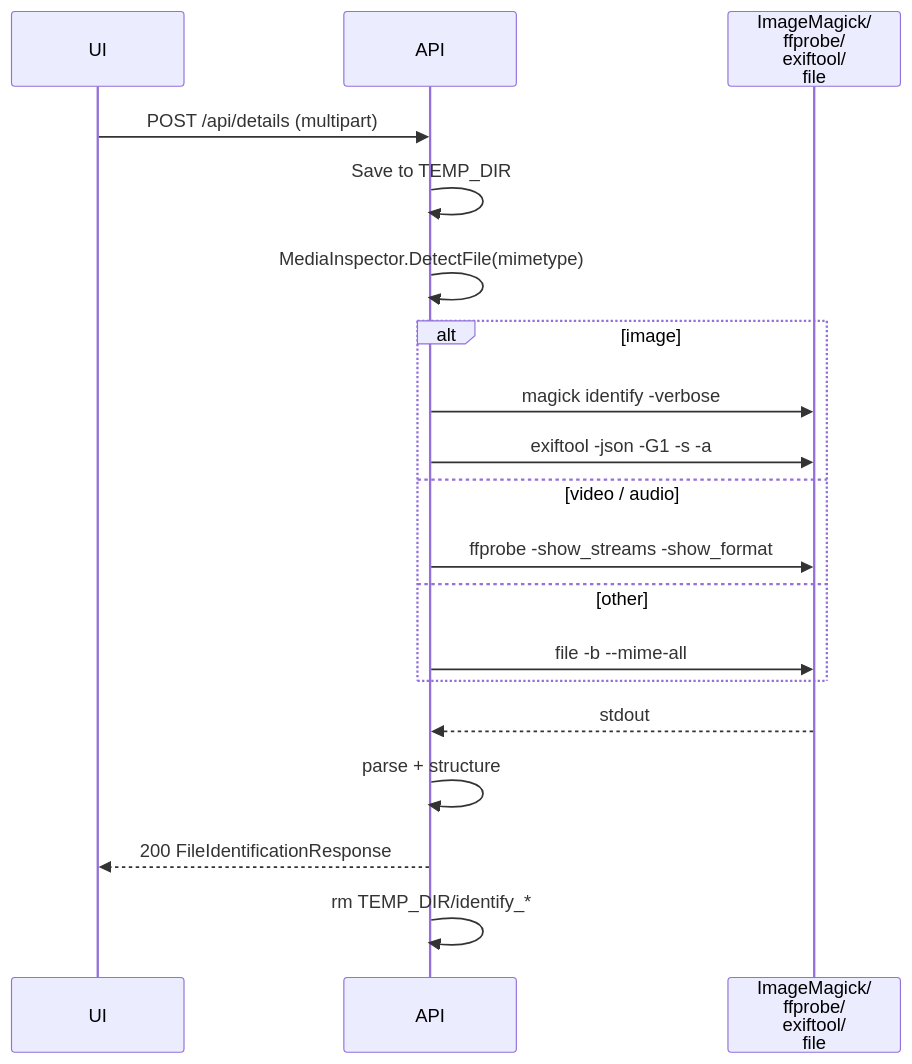
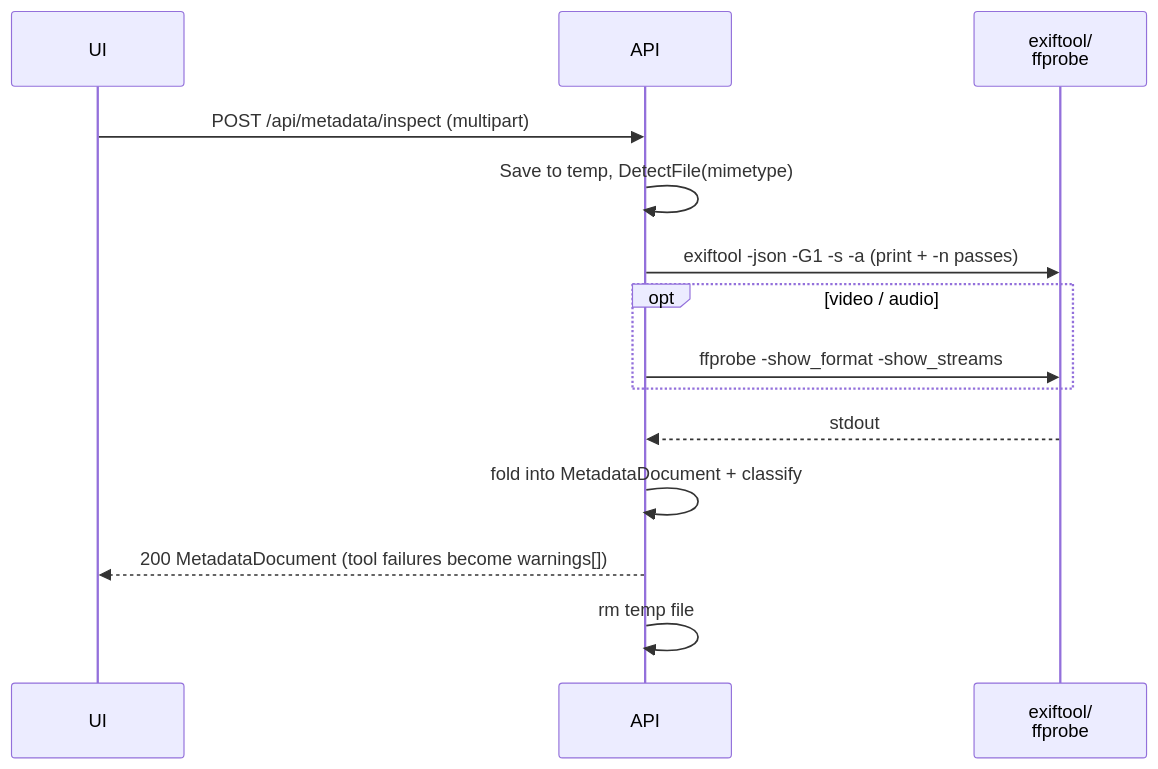
Before and after one commit to mrrobotisreal/media_manipulator_api: the third of 11 diagrams in RUNBOOK.md, drawn with Mermaid. The commit also changed other lines of this file and 1 other file, not shown here.

Commit message:
MM12: docs for exiftool and inspector

````diff
--- a/RUNBOOK.md
+++ b/RUNBOOK.md
@@ -619,21 +620,16 @@
 ```mermaid
 sequenceDiagram
     participant UI
     participant API
-    participant Tools as ImageMagick/<br/>ffprobe/<br/>exiftool/<br/>file
-    UI->>API: POST /api/details (multipart)
-    API->>API: Save to TEMP_DIR
-    API->>API: MediaInspector.DetectFile(mimetype)
-    alt image
-        API->>Tools: magick identify -verbose
-        API->>Tools: exiftool -json -G1 -s -a
-    else video / audio
-        API->>Tools: ffprobe -show_streams -show_format
-    else other
-        API->>Tools: file -b --mime-all
+    participant Tools as exiftool/<br/>ffprobe
+    UI->>API: POST /api/metadata/inspect (multipart)
+    API->>API: Save to temp, DetectFile(mimetype)
+    API->>Tools: exiftool -json -G1 -s -a (print + -n passes)
+    opt video / audio
+        API->>Tools: ffprobe -show_format -show_streams
     end
     Tools-->>API: stdout
-    API->>API: parse + structure
-    API-->>UI: 200 FileIdentificationResponse
-    API->>API: rm TEMP_DIR/identify_*
+    API->>API: fold into MetadataDocument + classify
+    API-->>UI: 200 MetadataDocument (tool failures become warnings[])
+    API->>API: rm temp file
 ```
````
